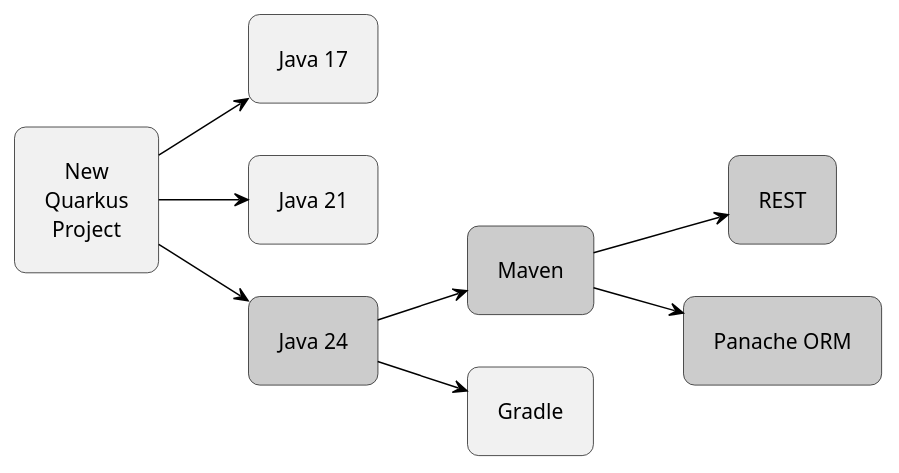
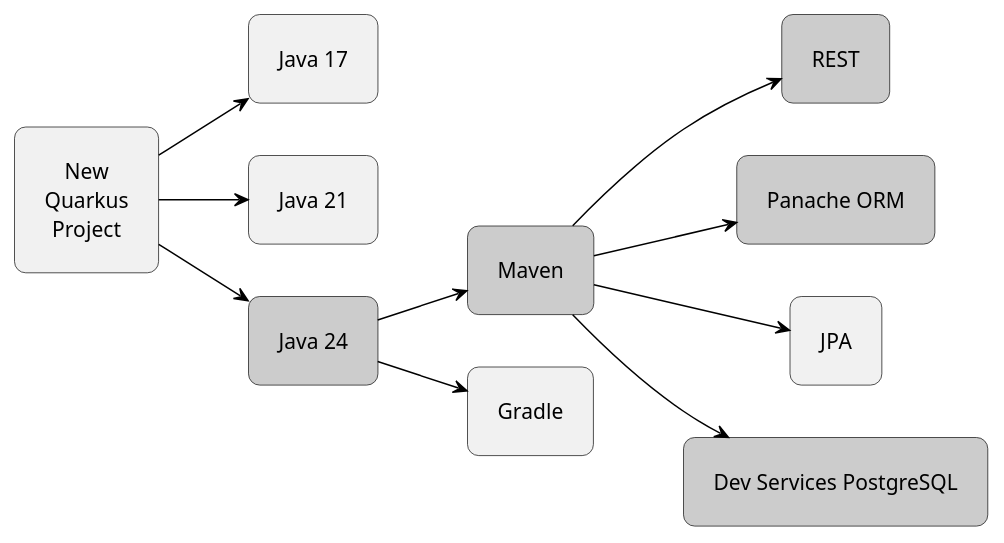
Before and after one commit to jabrena/101-cursor: the diagram in demos/demo_09_requirements/plantuml/decision-tree-quarkus.plantuml, drawn with PlantUML. The commit also changed 159 other files, not shown here.

```diff
--- a/demos/demo_09_requirements/plantuml/decision-tree-quarkus.plantuml
+++ b/demos/demo_09_requirements/plantuml/decision-tree-quarkus.plantuml
@@ -1,30 +1,33 @@
 @startuml
-
 skinparam backgroundColor transparent
 skinparam RoundCorner 15
 skinparam Padding 10
 skinparam defaultTextAlignment center
 skinparam ArrowColor black
 
 left to right direction
 
 rectangle "New\nQuarkus\nProject" as project
 rectangle "Java 17" as java17
-rectangle "Java 21" as java21 
+rectangle "Java 21" as java21
 rectangle "Java 24" as java24 #cccccc
 rectangle "Maven" as maven #cccccc
-rectangle "Gradle" as gradle 
+rectangle "Gradle" as gradle
 rectangle "REST" as rest #cccccc
-rectangle "Panache ORM" as jdbc #cccccc 
+rectangle "Panache ORM" as jdbc #cccccc
+rectangle "JPA" as jpa
+rectangle "Dev Services PostgreSQL" as devservices #cccccc
 
 project --> java17
 project --> java21
 project --> java24
 
 java24 --> maven
 java24 --> gradle
 
 maven --> rest
 maven --> jdbc
+maven --> jpa
+maven --> devservices
 
 @enduml
```
